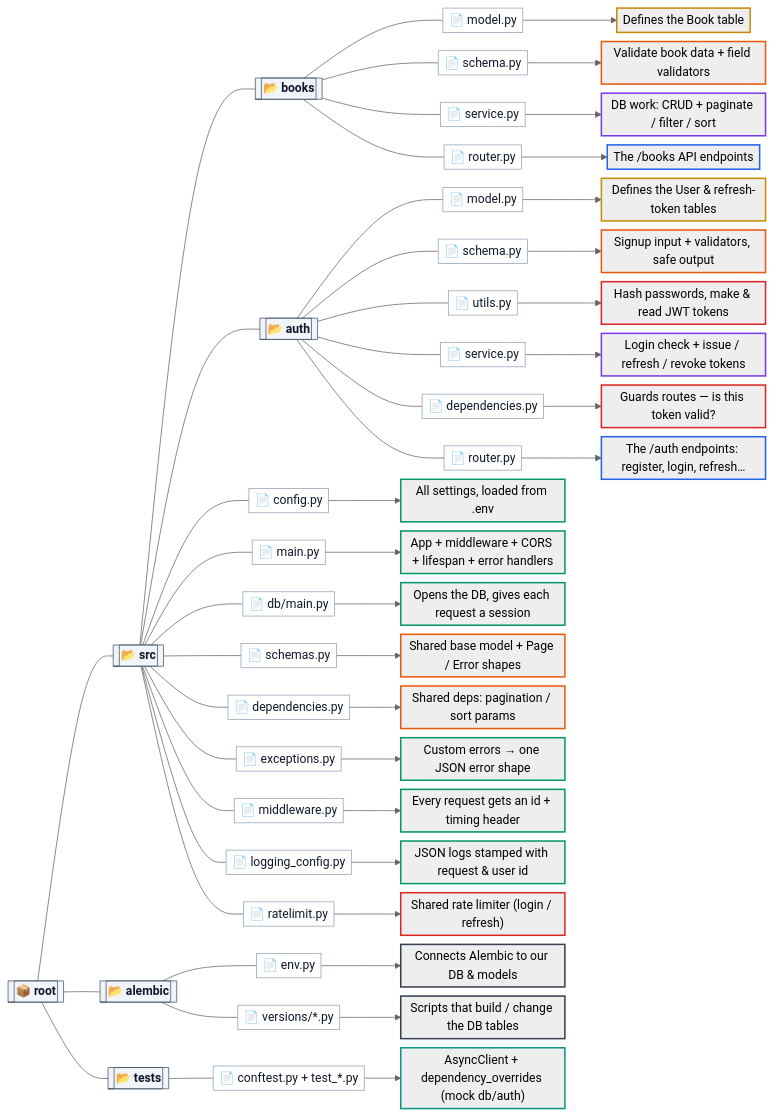
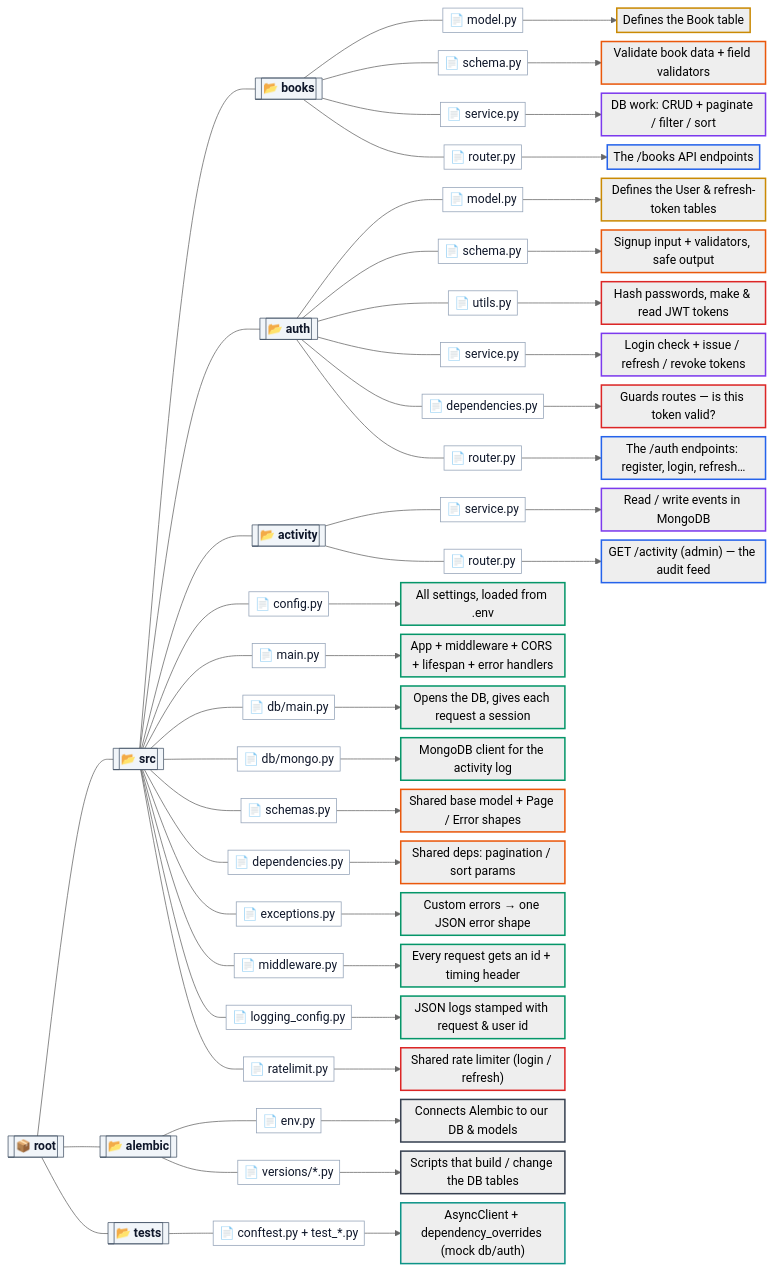
Before and after one commit to skfaysal/fastapi-boilerplate: the diagram in docs/boilerplate_guide.md, drawn with Mermaid. The commit also changed other lines of this file and 15 other files, not shown here.

First line of the commit message:
feat: add MongoDB activity log (polyglot persistence)

```diff
--- a/docs/boilerplate_guide.md
+++ b/docs/boilerplate_guide.md
@@ -48,18 +48,21 @@
     SRC[["📂 src"]]
     BOOKSDIR[["📂 books"]]
     AUTHDIR[["📂 auth"]]
+    ACTDIR[["📂 activity"]]
     ALEDIR[["📂 alembic"]]
     TESTSDIR[["📂 tests"]]
     ROOT --- SRC & ALEDIR & TESTSDIR
-    SRC --- CFG & MAIN & DBMAIN & SCHEMAS & DEPS & EXC & MW & LOG & RL & BOOKSDIR & AUTHDIR
+    SRC --- CFG & MAIN & DBMAIN & MONGO & SCHEMAS & DEPS & EXC & MW & LOG & RL & BOOKSDIR & AUTHDIR & ACTDIR
     BOOKSDIR --- BMODEL & BSCHEMA & BSVC & BROUTER
     AUTHDIR --- AMODEL & ASCHEMA & AUTILS & ASVC & ADEP & AROUTER
+    ACTDIR --- ACTSVC & ACTROUTER
     ALEDIR --- ENV & VERS
     TESTSDIR --- TCONF
 
     CFG["📄 config.py"]
     MAIN["📄 main.py"]
     DBMAIN["📄 db/main.py"]
+    MONGO["📄 db/mongo.py"]
     SCHEMAS["📄 schemas.py"]
     DEPS["📄 dependencies.py"]
     EXC["📄 exceptions.py"]
@@ -76,6 +79,8 @@
     ASVC["📄 service.py"]
     ADEP["📄 dependencies.py"]
     AROUTER["📄 router.py"]
+    ACTSVC["📄 service.py"]
+    ACTROUTER["📄 router.py"]
     ENV["📄 env.py"]
     VERS["📄 versions/*.py"]
     TCONF["📄 conftest.py + test_*.py"]
@@ -83,6 +88,7 @@
     CFG --> nCFG["All settings, loaded from .env"]
     MAIN --> nMAIN["App + middleware + CORS + lifespan + error handlers"]
     DBMAIN --> nDB["Opens the DB, gives each request a session"]
+    MONGO --> nMONGO["MongoDB client for the activity log"]
     SCHEMAS --> nSC["Shared base model + Page / Error shapes"]
     DEPS --> nDEP["Shared deps: pagination / sort params"]
     EXC --> nEXC["Custom errors → one JSON error shape"]
@@ -102,6 +108,9 @@
     ADEP --> nAD["Guards routes — is this token valid?"]
     AROUTER --> nAR["The /auth endpoints: register, login, refresh…"]
 
+    ACTSVC --> nACTSVC["Read / write events in MongoDB"]
+    ACTROUTER --> nACTROUTER["GET /activity (admin) — the audit feed"]
+
     ENV --> nENV["Connects Alembic to our DB &amp; models"]
     VERS --> nVER["Scripts that build / change the DB tables"]
     TCONF --> nT["AsyncClient + dependency_overrides (mock db/auth)"]
@@ -117,13 +126,13 @@
     classDef mig    stroke:#374151,stroke-width:2px;
     classDef test   stroke:#0d9488,stroke-width:2px;
 
-    class ROOT,SRC,BOOKSDIR,AUTHDIR,ALEDIR,TESTSDIR folder;
-    class CFG,MAIN,DBMAIN,SCHEMAS,DEPS,EXC,MW,LOG,RL,BMODEL,BSCHEMA,BSVC,BROUTER,AMODEL,ASCHEMA,AUTILS,ASVC,ADEP,AROUTER,ENV,VERS,TCONF file;
-    class nCFG,nMAIN,nDB,nEXC,nMW,nLOG entry;
+    class ROOT,SRC,BOOKSDIR,AUTHDIR,ACTDIR,ALEDIR,TESTSDIR folder;
+    class CFG,MAIN,DBMAIN,MONGO,SCHEMAS,DEPS,EXC,MW,LOG,RL,BMODEL,BSCHEMA,BSVC,BROUTER,AMODEL,ASCHEMA,AUTILS,ASVC,ADEP,AROUTER,ACTSVC,ACTROUTER,ENV,VERS,TCONF file;
+    class nCFG,nMAIN,nDB,nMONGO,nEXC,nMW,nLOG entry;
     class nBM,nAM model;
     class nBSC,nASC,nSC,nDEP schema;
-    class nBSV,nASV service;
-    class nBR,nAR router;
+    class nBSV,nASV,nACTSVC service;
+    class nBR,nAR,nACTROUTER router;
     class nAU,nAD,nRL sec;
     class nENV,nVER mig;
     class nT test;
```
